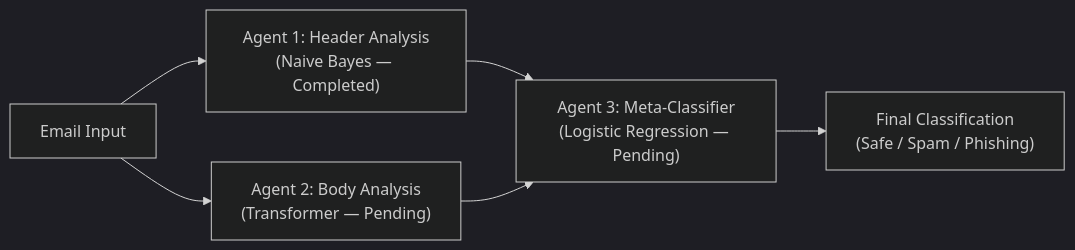
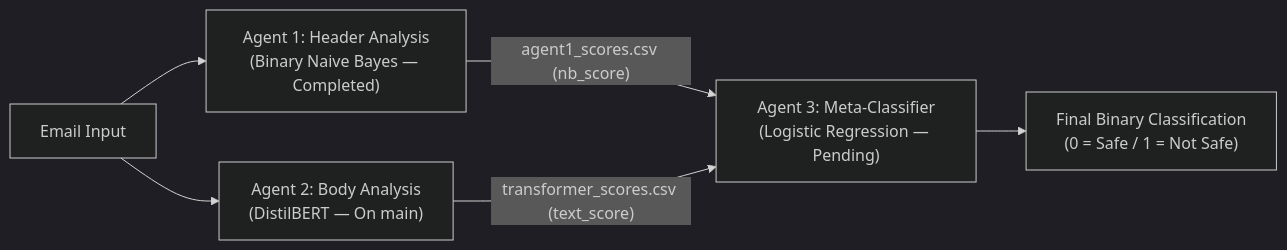
Before and after one commit to WASSIMMAHOUNI/anti-phishing-firewall: the diagram in README.md, drawn with Mermaid (dark theme). The commit also changed other lines of this file, not shown here.

Commit message:
Update README for binary Agent 1 architecture and results

````diff
--- a/README.md
+++ b/README.md
@@ -47,8 +42,8 @@
 ```mermaid
 flowchart LR
-    A[Email Input] --> B["Agent 1: Header Analysis<br/>(Naive Bayes — Completed)"]
-    A --> C["Agent 2: Body Analysis<br/>(Transformer — Pending)"]
-    B --> D["Agent 3: Meta-Classifier<br/>(Logistic Regression — Pending)"]
-    C --> D
-    D --> E["Final Classification<br/>(Safe / Spam / Phishing)"]
+    A[Email Input] --> B["Agent 1: Header Analysis<br/>(Binary Naive Bayes — Completed)"]
+    A --> C["Agent 2: Body Analysis<br/>(DistilBERT — On main)"]
+    B -->|"agent1_scores.csv (nb_score)"| D["Agent 3: Meta-Classifier<br/>(Logistic Regression — Pending)"]
+    C -->|"transformer_scores.csv (text_score)"| D
+    D --> E["Final Binary Classification<br/>(0 = Safe / 1 = Not Safe)"]
 ```
````
